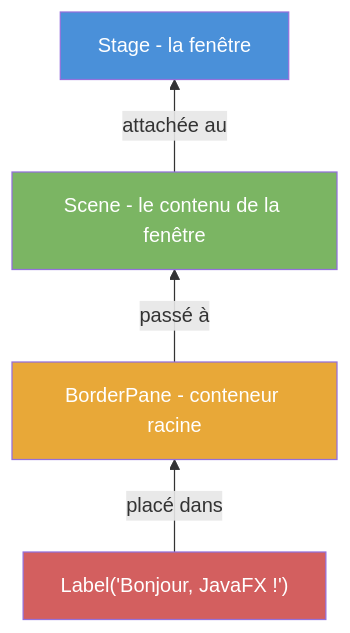
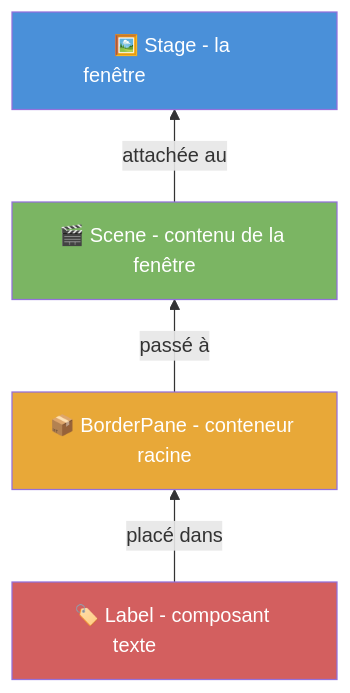
One commit to IUTInfoAix-R202-2026/tp1-Chtioui-1 changed the diagram in README.md. Above: the diagram before and after it, drawn with Mermaid.

Commit message:
docs(tp1): emoji + largeur uniforme sur le graphe de scène Mermaid

````diff
--- a/README.md
+++ b/README.md
@@ -551,11 +551,11 @@
 ```mermaid
 graph BT
-    D["Label('Bonjour, JavaFX !')"] -- "placé dans" --> C[BorderPane - conteneur racine]
-    C -- "passé à" --> B[Scene - le contenu de la fenêtre]
-    B -- "attachée au" --> A[Stage - la fenêtre]
+    D["🏷️ Label - composant texte&emsp;&emsp;&emsp;&emsp;"] -- "placé dans" --> C["📦 BorderPane - conteneur racine&emsp;"]
+    C -- "passé à" --> B["🎬 Scene - contenu de la fenêtre&emsp;"]
+    B -- "attachée au" --> A["🖼️ Stage - la fenêtre&emsp;&emsp;&emsp;&emsp;&emsp;&emsp;"]
     
     style A fill:#4a90d9,color:white
     style B fill:#7bb563,color:white
     style C fill:#e8a838,color:white
     style D fill:#d35f5f,color:white
 ```
````
